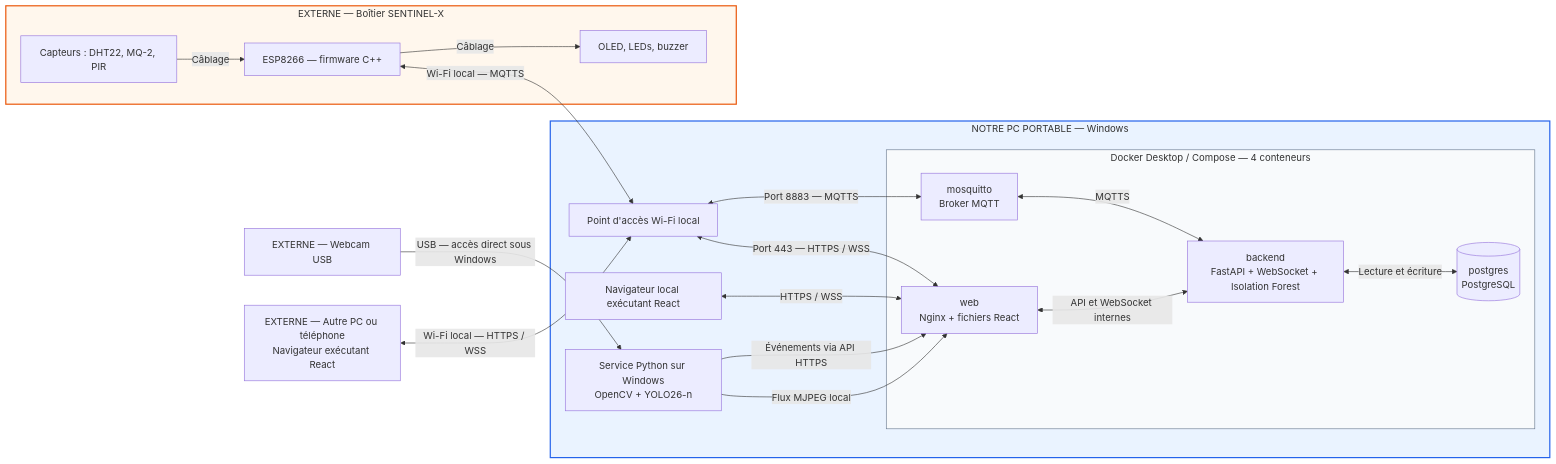
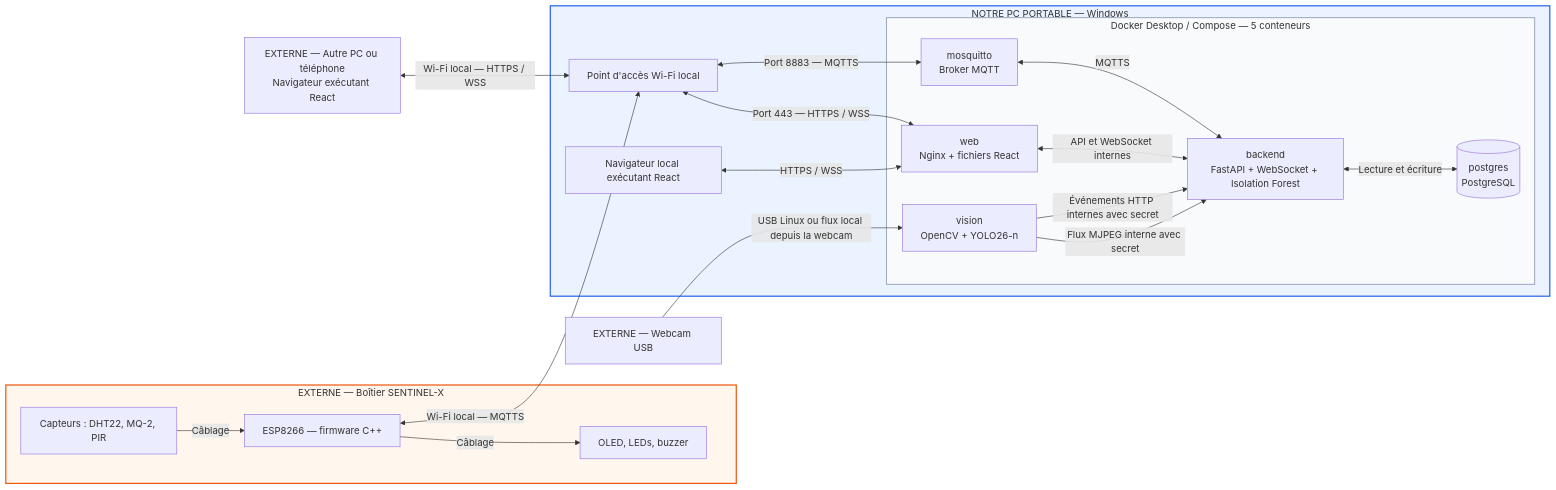
One commit to nolbert82/workshop-frontier-defense changed the diagram in SPECIFICATIONS.md. Above: the diagram before and after it, drawn with Mermaid. The commit also changed other lines of this file and 40 other files, not shown here.

````diff
--- a/SPECIFICATIONS.md
+++ b/SPECIFICATIONS.md
@@ -36,41 +36,41 @@
 ```mermaid
 flowchart LR
     subgraph BOITIER["EXTERNE — Boîtier SENTINEL-X"]
         C["Capteurs : DHT22, MQ-2, PIR"] -->|Câblage| E["ESP8266 — firmware C++"]
         E -->|Câblage| A["OLED, LEDs, buzzer"]
     end
 
     CAM["EXTERNE — Webcam USB"]
     U["EXTERNE — Autre PC ou téléphone<br/>Navigateur exécutant React"]
 
     subgraph PC["NOTRE PC PORTABLE — Windows"]
         WIFI["Point d'accès Wi-Fi local"]
         LOCAL["Navigateur local exécutant React"]
-        V["Service Python sur Windows<br/>OpenCV + YOLO26-n"]
 
-        subgraph DOCKER["Docker Desktop / Compose — 4 conteneurs"]
+        subgraph DOCKER["Docker Desktop / Compose — 5 conteneurs"]
+            V["vision<br/>OpenCV + YOLO26-n"]
             M["mosquitto<br/>Broker MQTT"]
             B["backend<br/>FastAPI + WebSocket + Isolation Forest"]
             P[("postgres<br/>PostgreSQL")]
             W["web<br/>Nginx + fichiers React"]
 
             M <-->|MQTTS| B
             B <-->|Lecture et écriture| P
             W <-->|API et WebSocket internes| B
         end
 
-        V -->|Événements via API HTTPS| W
-        V -->|Flux MJPEG local| W
+        V -->|Événements HTTP internes avec secret| B
+        V -->|Flux MJPEG interne avec secret| B
         WIFI <-->|Port 8883 — MQTTS| M
         WIFI <-->|Port 443 — HTTPS / WSS| W
         LOCAL <-->|HTTPS / WSS| W
     end
 
     E <-->|Wi-Fi local — MQTTS| WIFI
     U <-->|Wi-Fi local — HTTPS / WSS| WIFI
-    CAM -->|USB — accès direct sous Windows| V
+    CAM -->|USB Linux ou flux local depuis la webcam| V
 
     style PC fill:#eaf3ff,stroke:#2563eb,stroke-width:2px
     style DOCKER fill:#f8fafc,stroke:#64748b
     style BOITIER fill:#fff7ed,stroke:#ea580c,stroke-width:2px
 ```
````
